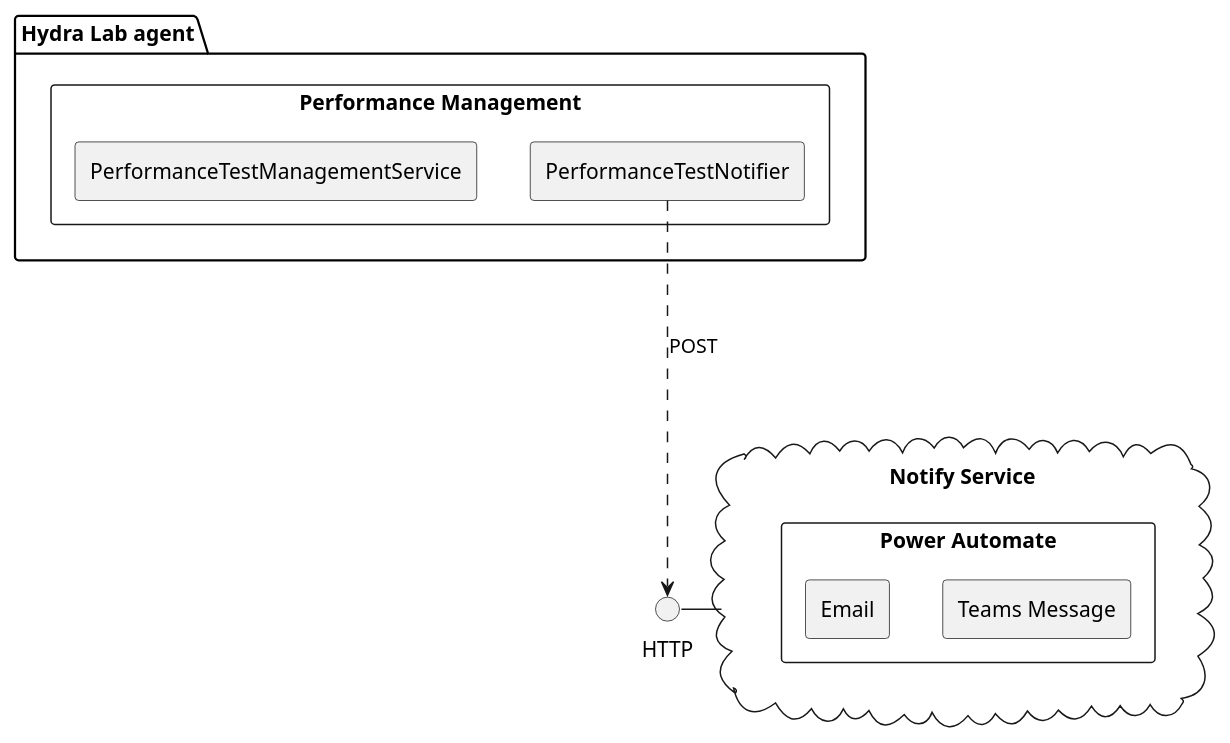
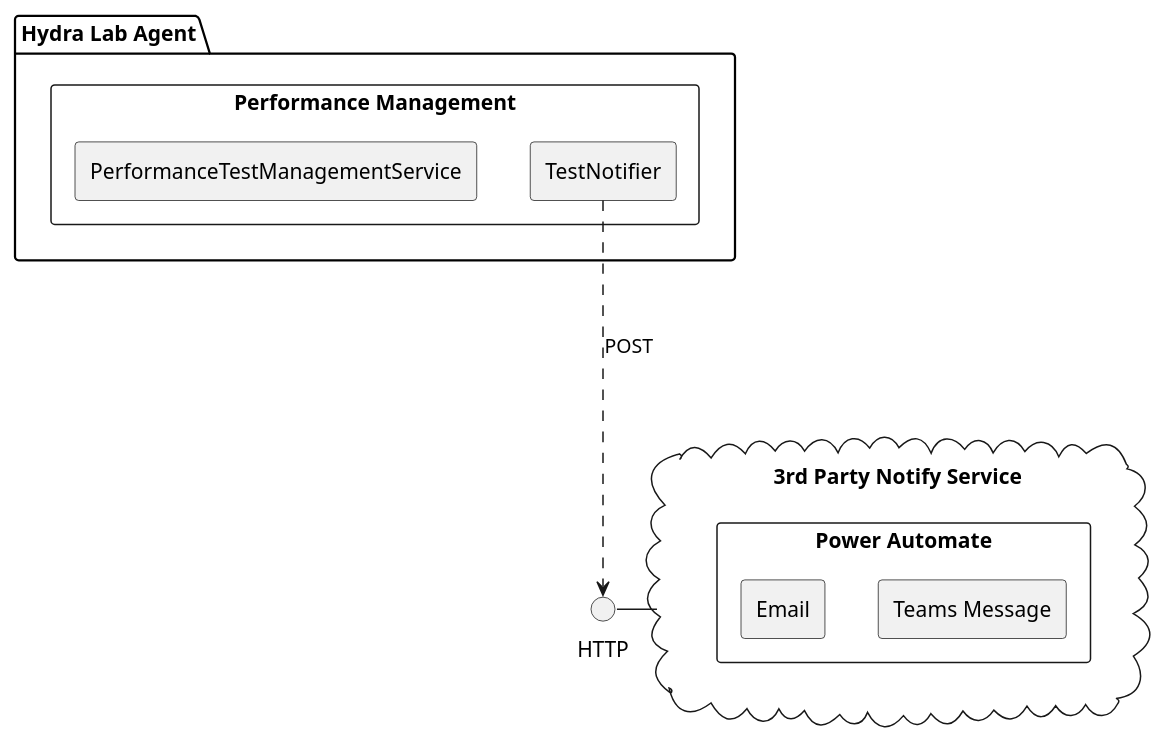
Before and after one commit to microsoft/HydraLab: the seventh of 7 diagrams in agent/doc/UML/performance_test_design.puml, drawn with PlantUML. The commit also changed other lines of this file and 4 other files, not shown here.

```diff
--- a/agent/doc/UML/performance_test_design.puml
+++ b/agent/doc/UML/performance_test_design.puml
@@ -188,20 +192,20 @@
-@startuml performance_test_notify_component
+@startuml test_notify_component
 skinparam componentStyle rectangle
-package "Hydra Lab agent" {
+package "Hydra Lab Agent" {
     component "Performance Management" {
-        [PerformanceTestNotifier]
+        [TestNotifier]
         [PerformanceTestManagementService]
     }
 }
 
-cloud "Notify Service" as Notify {
+cloud "3rd Party Notify Service" as Notify {
     component "Power Automate" as Azure {
         [Teams Message]
         [Email]
     }
 }
 
-[PerformanceTestNotifier] ...>() HTTP : POST
+[TestNotifier] ...>() HTTP : POST
 Notify -l- HTTP
 
 @enduml
```
